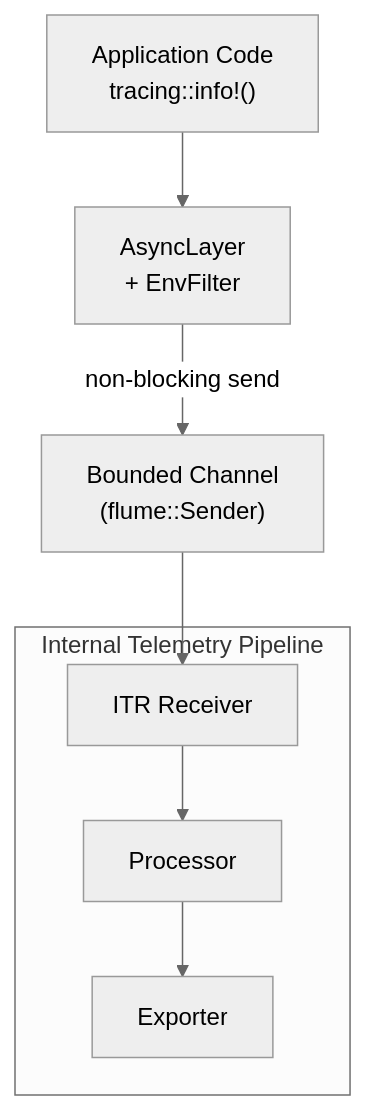
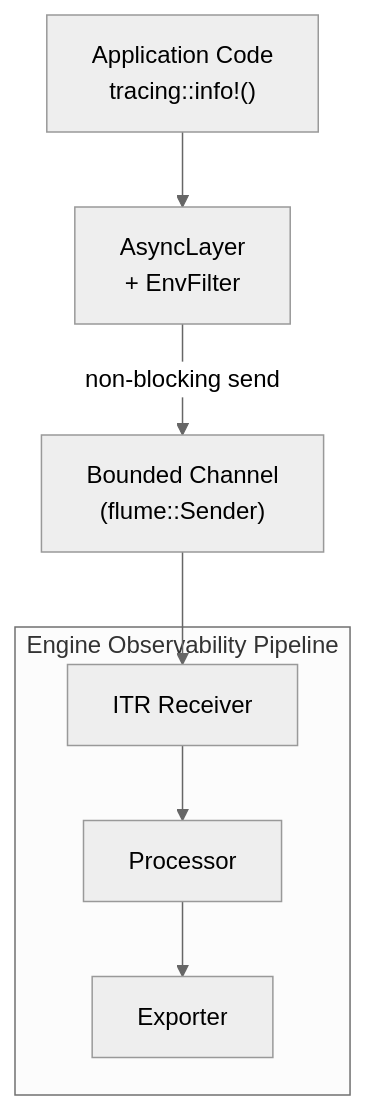
One commit to open-telemetry/otel-arrow changed the fourth of 5 diagrams in rust/otap-dataflow/docs/self_tracing_architecture.md. Above: the diagram before and after it, drawn with Mermaid (neutral theme). The commit also changed other lines of this file and 58 other files, not shown here.

````diff
--- a/rust/otap-dataflow/docs/self_tracing_architecture.md
+++ b/rust/otap-dataflow/docs/self_tracing_architecture.md
@@ -182,17 +158,17 @@
 ```mermaid
 flowchart TB
     A["Application Code<br/>tracing::info!()"]
     B["AsyncLayer<br/>+ EnvFilter"]
     C["Bounded Channel<br/>(flume::Sender)"]
 
-    subgraph ITP["Internal Telemetry Pipeline"]
+    subgraph ITP["Engine Observability Pipeline"]
         D["ITR Receiver"]
         E["Processor"]
         F["Exporter"]
         D --> E --> F
     end
 
     A --> B
     B -->|non-blocking send| C
     C --> D
 ```
````
